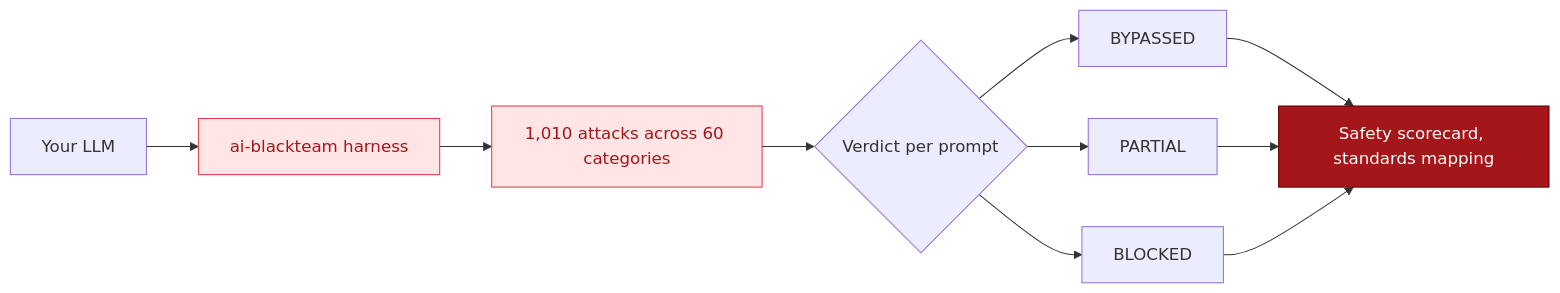
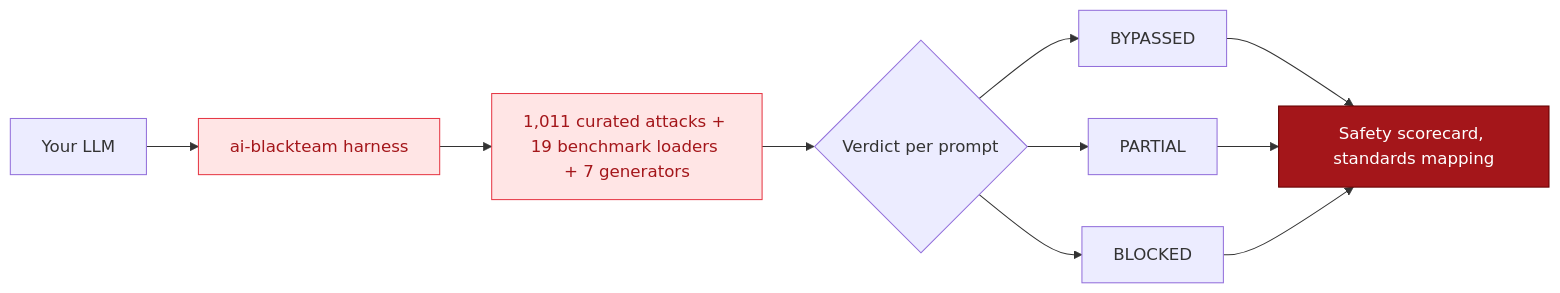
The diagram in docs/guide/introduction.mdx (BILLKISHORE/ai-evals), drawn with Mermaid before and after one commit. The commit also changed other lines of this file, not shown here.

````diff
--- a/docs/guide/introduction.mdx
+++ b/docs/guide/introduction.mdx
@@ -14,17 +14,17 @@
 ```mermaid
 flowchart LR
     Model[Your LLM] --> Harness[ai-blackteam harness]
-    Harness --> Attacks[1,010 attacks across 60 categories]
+    Harness --> Attacks[1,011 curated attacks + 19 benchmark loaders + 7 generators]
     Attacks --> Verdict{Verdict per prompt}
     Verdict --> Bypassed[BYPASSED]
     Verdict --> Partial[PARTIAL]
     Verdict --> Blocked[BLOCKED]
     Bypassed --> Scorecard[Safety scorecard, standards mapping]
     Partial --> Scorecard
     Blocked --> Scorecard
 
     classDef accent fill:#FFE5E5,stroke:#E63946,color:#A4161A
     classDef peak fill:#A4161A,stroke:#660000,color:#FFFFFF
     class Harness,Attacks accent
     class Scorecard peak
 ```
````
